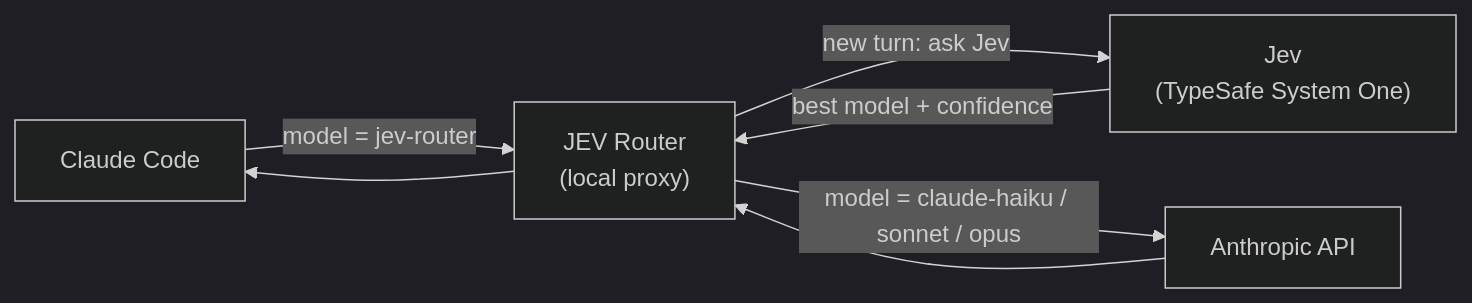
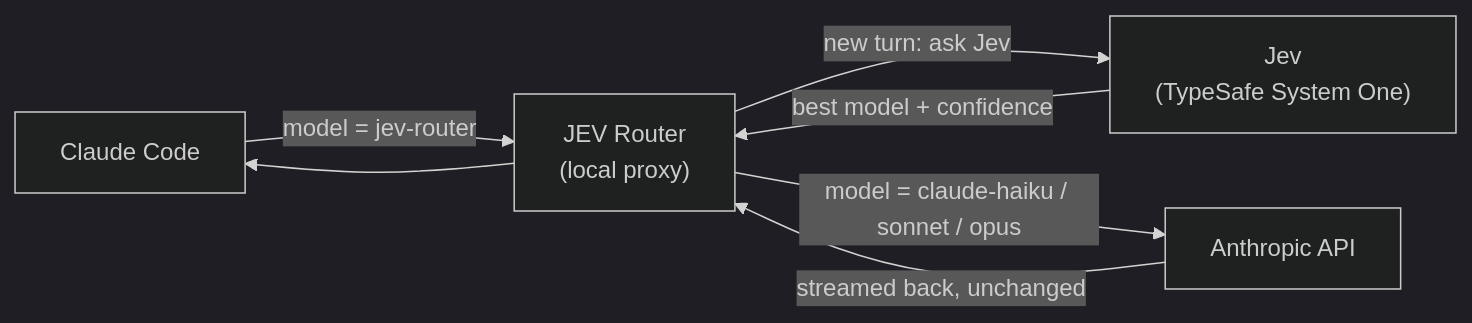
One commit to himanshu231204/jev_model_routers changed the diagram in README.md. Above: the diagram before and after it, drawn with Mermaid (dark theme). The commit also changed other lines of this file and 3 other files, not shown here.

````diff
--- a/README.md
+++ b/README.md
@@ -17,8 +117,8 @@
 ```mermaid
 flowchart LR
     A["Claude Code"] -->|"model = jev-router"| B["JEV Router<br/>(local proxy)"]
     B -->|"new turn: ask Jev"| J["Jev<br/>(TypeSafe System One)"]
     J -->|"best model + confidence"| B
     B -->|"model = claude-haiku / sonnet / opus"| C["Anthropic API"]
-    C --> B --> A
+    C -->|"streamed back, unchanged"| B --> A
 ```
````
